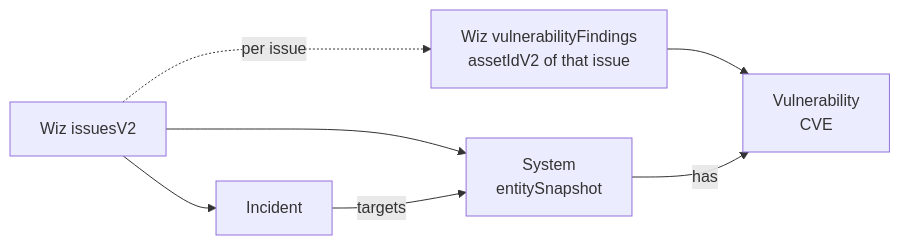
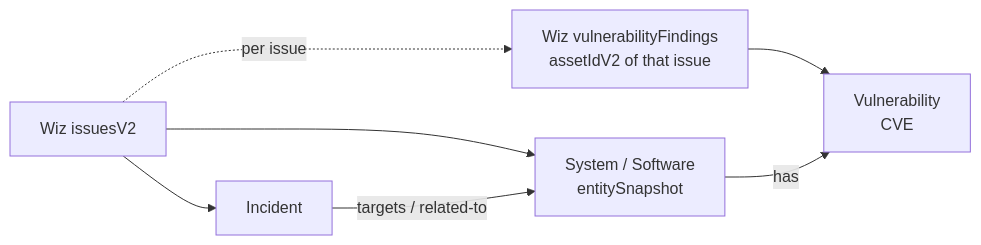
The second of 2 diagrams in external-import/wiz-cloud/README.md (OpenCTI-Platform/connectors), drawn with Mermaid before and after one commit. The commit also changed other lines of this file and 4 other files, not shown here.

````diff
--- a/external-import/wiz-cloud/README.md
+++ b/external-import/wiz-cloud/README.md
@@ -87,9 +87,9 @@
 ```mermaid
 graph LR
     A[Wiz issuesV2] --> B[Incident]
-    A --> S[System<br/>entitySnapshot]
-    B -- targets --> S
+    A --> S[System / Software<br/>entitySnapshot]
+    B -- targets / related-to --> S
     A -. per issue .-> F[Wiz vulnerabilityFindings<br/>assetIdV2 of that issue]
     F --> V[Vulnerability<br/>CVE]
     S -- has --> V
 ```
````
